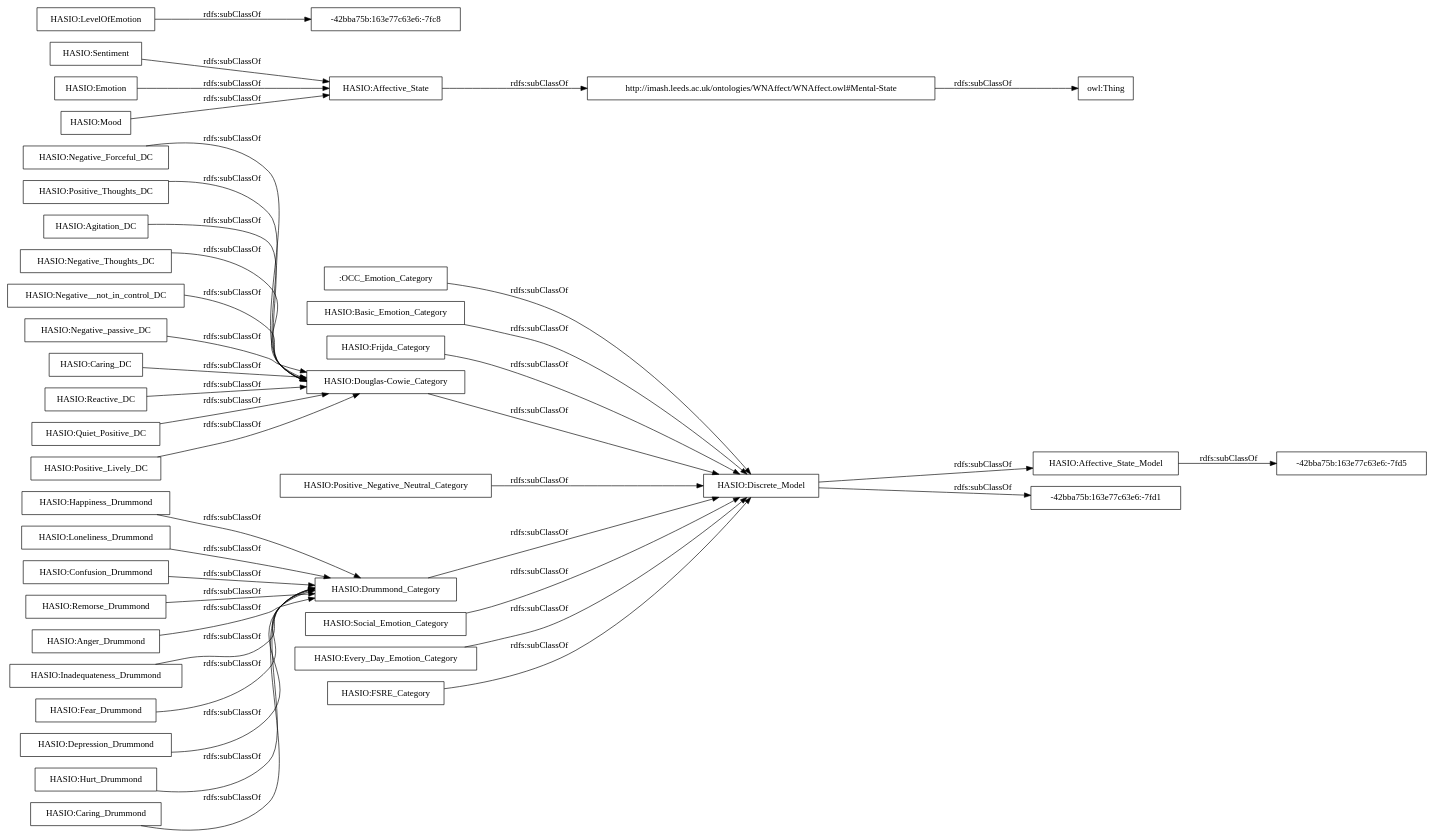
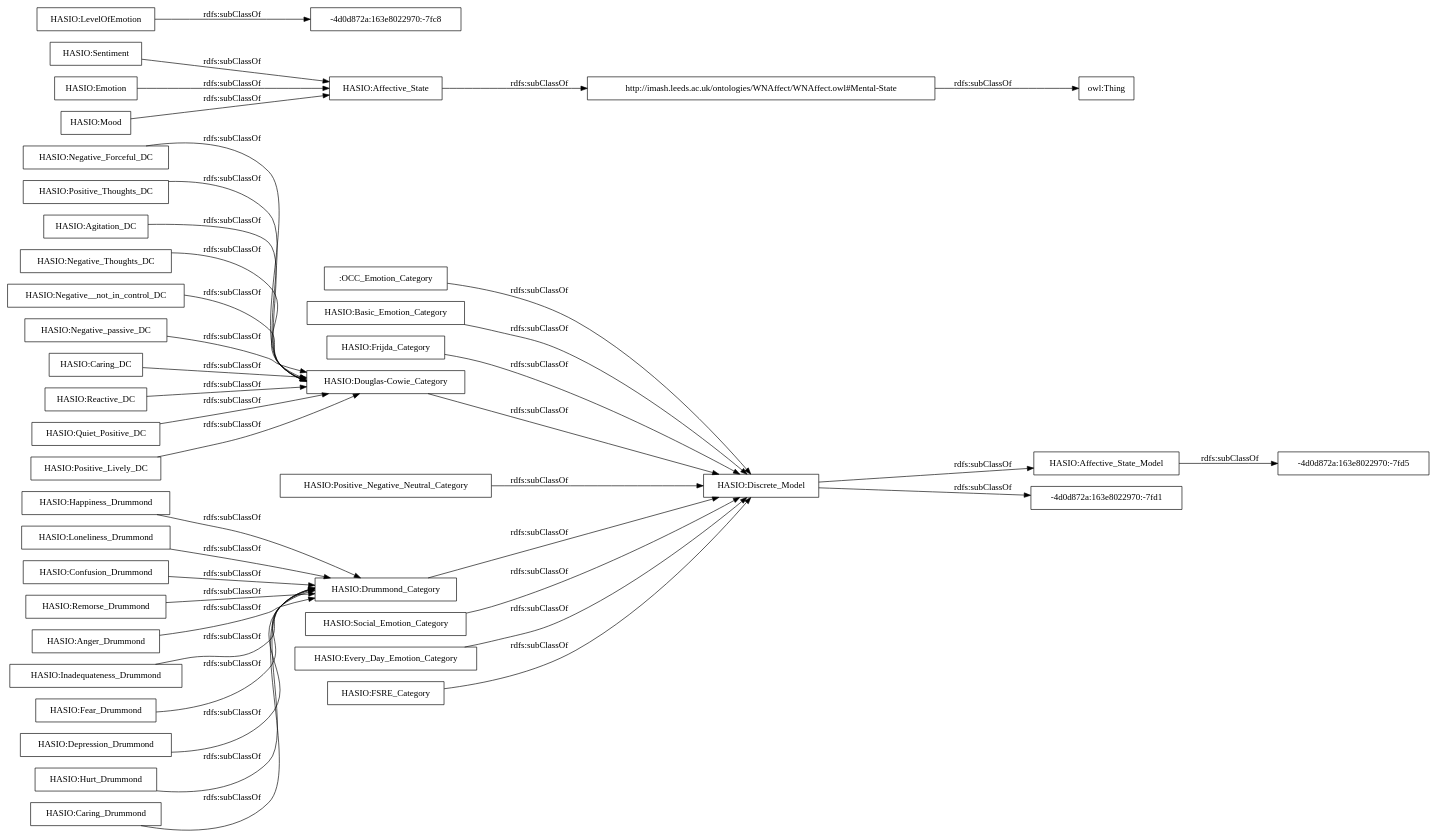
The diagram in OnToology/Affective_States_Discrete_Model_Module.owl/diagrams/ar2dtool-taxonomy/Affective_States_Discrete_Model_Module.owl.png.dot (rana-othman/HASIO-Modularization), drawn with Graphviz before and after one commit. The commit also changed 43 other files, not shown here.

```diff
--- a/OnToology/Affective_States_Discrete_Model_Module.owl/diagrams/ar2dtool-taxonomy/Affective_States_Discrete_Model_Module.owl.png.dot
+++ b/OnToology/Affective_States_Discrete_Model_Module.owl/diagrams/ar2dtool-taxonomy/Affective_States_Discrete_Model_Module.owl.png.dot
@@ -1,44 +1,44 @@
 digraph ar2dtool_diagram { 
 rankdir=LR;
 size="1000"
-node [shape = rectangle, color="black"]; ":OCC_Emotion_Category" "HASIO:Happiness_Drummond" "HASIO:Basic_Emotion_Category" "HASIO:Negative_Forceful_DC" "HASIO:Affective_State_Model" "HASIO:Loneliness_Drummond" "-42bba75b:163e77c63e6:-7fd1" "HASIO:Positive_Thoughts_DC" "HASIO:Sentiment" "HASIO:Agitation_DC" "HASIO:Emotion" "-42bba75b:163e77c63e6:-7fd5" "HASIO:Affective_State" "HASIO:LevelOfEmotion" "http://imash.leeds.ac.uk/ontologies/WNAffect/WNAffect.owl#Mental-State" "HASIO:Confusion_Drummond" "HASIO:Mood" "HASIO:Frijda_Category" "HASIO:Douglas-Cowie_Category" "HASIO:Remorse_Drummond" "-42bba75b:163e77c63e6:-7fc8" "HASIO:Anger_Drummond" "HASIO:Inadequateness_Drummond" "HASIO:Negative_Thoughts_DC" "HASIO:Negative__not_in_control_DC" "HASIO:Fear_Drummond" "HASIO:Positive_Negative_Neutral_Category" "HASIO:Depression_Drummond" "HASIO:Drummond_Category" "HASIO:Hurt_Drummond" "HASIO:Social_Emotion_Category" "HASIO:Negative_passive_DC" "HASIO:Caring_DC" "HASIO:Caring_Drummond" "HASIO:Reactive_DC" "HASIO:Quiet_Positive_DC" "HASIO:Every_Day_Emotion_Category" "HASIO:Discrete_Model" "HASIO:Positive_Lively_DC" "HASIO:FSRE_Category" ; /*classes style*/
+node [shape = rectangle, color="black"]; ":OCC_Emotion_Category" "HASIO:Happiness_Drummond" "HASIO:Basic_Emotion_Category" "HASIO:Negative_Forceful_DC" "HASIO:Affective_State_Model" "HASIO:Loneliness_Drummond" "HASIO:Positive_Thoughts_DC" "HASIO:Sentiment" "HASIO:Agitation_DC" "HASIO:Emotion" "HASIO:Affective_State" "HASIO:LevelOfEmotion" "http://imash.leeds.ac.uk/ontologies/WNAffect/WNAffect.owl#Mental-State" "HASIO:Confusion_Drummond" "HASIO:Mood" "HASIO:Frijda_Category" "HASIO:Douglas-Cowie_Category" "HASIO:Remorse_Drummond" "HASIO:Anger_Drummond" "HASIO:Inadequateness_Drummond" "HASIO:Negative_Thoughts_DC" "HASIO:Negative__not_in_control_DC" "HASIO:Fear_Drummond" "-4d0d872a:163e8022970:-7fd1" "HASIO:Positive_Negative_Neutral_Category" "-4d0d872a:163e8022970:-7fd5" "HASIO:Depression_Drummond" "-4d0d872a:163e8022970:-7fc8" "HASIO:Drummond_Category" "HASIO:Hurt_Drummond" "HASIO:Social_Emotion_Category" "HASIO:Negative_passive_DC" "HASIO:Caring_DC" "HASIO:Caring_Drummond" "HASIO:Reactive_DC" "HASIO:Quiet_Positive_DC" "HASIO:Every_Day_Emotion_Category" "HASIO:Discrete_Model" "HASIO:Positive_Lively_DC" "HASIO:FSRE_Category" ; /*classes style*/
 	"HASIO:Positive_Negative_Neutral_Category" -> "HASIO:Discrete_Model" [ label = "rdfs:subClassOf" ];
 	"HASIO:Loneliness_Drummond" -> "HASIO:Drummond_Category" [ label = "rdfs:subClassOf" ];
 	"HASIO:Anger_Drummond" -> "HASIO:Drummond_Category" [ label = "rdfs:subClassOf" ];
 	"HASIO:Every_Day_Emotion_Category" -> "HASIO:Discrete_Model" [ label = "rdfs:subClassOf" ];
 	"HASIO:Negative__not_in_control_DC" -> "HASIO:Douglas-Cowie_Category" [ label = "rdfs:subClassOf" ];
 	"HASIO:Negative_Forceful_DC" -> "HASIO:Douglas-Cowie_Category" [ label = "rdfs:subClassOf" ];
 	"HASIO:Basic_Emotion_Category" -> "HASIO:Discrete_Model" [ label = "rdfs:subClassOf" ];
 	"HASIO:Emotion" -> "HASIO:Affective_State" [ label = "rdfs:subClassOf" ];
 	"HASIO:Social_Emotion_Category" -> "HASIO:Discrete_Model" [ label = "rdfs:subClassOf" ];
 	"http://imash.leeds.ac.uk/ontologies/WNAffect/WNAffect.owl#Mental-State" -> "owl:Thing" [ label = "rdfs:subClassOf" ];
-	"HASIO:Discrete_Model" -> "-42bba75b:163e77c63e6:-7fd1" [ label = "rdfs:subClassOf" ];
+	"HASIO:Discrete_Model" -> "-4d0d872a:163e8022970:-7fd1" [ label = "rdfs:subClassOf" ];
 	"HASIO:Discrete_Model" -> "HASIO:Affective_State_Model" [ label = "rdfs:subClassOf" ];
 	"HASIO:Frijda_Category" -> "HASIO:Discrete_Model" [ label = "rdfs:subClassOf" ];
 	"HASIO:Reactive_DC" -> "HASIO:Douglas-Cowie_Category" [ label = "rdfs:subClassOf" ];
 	"HASIO:Quiet_Positive_DC" -> "HASIO:Douglas-Cowie_Category" [ label = "rdfs:subClassOf" ];
 	"HASIO:Hurt_Drummond" -> "HASIO:Drummond_Category" [ label = "rdfs:subClassOf" ];
 	"HASIO:Depression_Drummond" -> "HASIO:Drummond_Category" [ label = "rdfs:subClassOf" ];
 	"HASIO:Sentiment" -> "HASIO:Affective_State" [ label = "rdfs:subClassOf" ];
 	"HASIO:Inadequateness_Drummond" -> "HASIO:Drummond_Category" [ label = "rdfs:subClassOf" ];
 	"HASIO:Douglas-Cowie_Category" -> "HASIO:Discrete_Model" [ label = "rdfs:subClassOf" ];
 	"HASIO:Caring_DC" -> "HASIO:Douglas-Cowie_Category" [ label = "rdfs:subClassOf" ];
 	"HASIO:Positive_Lively_DC" -> "HASIO:Douglas-Cowie_Category" [ label = "rdfs:subClassOf" ];
 	"HASIO:Affective_State" -> "http://imash.leeds.ac.uk/ontologies/WNAffect/WNAffect.owl#Mental-State" [ label = "rdfs:subClassOf" ];
 	"HASIO:Caring_Drummond" -> "HASIO:Drummond_Category" [ label = "rdfs:subClassOf" ];
 	":OCC_Emotion_Category" -> "HASIO:Discrete_Model" [ label = "rdfs:subClassOf" ];
 	"HASIO:Happiness_Drummond" -> "HASIO:Drummond_Category" [ label = "rdfs:subClassOf" ];
-	"HASIO:LevelOfEmotion" -> "-42bba75b:163e77c63e6:-7fc8" [ label = "rdfs:subClassOf" ];
+	"HASIO:LevelOfEmotion" -> "-4d0d872a:163e8022970:-7fc8" [ label = "rdfs:subClassOf" ];
 	"HASIO:Confusion_Drummond" -> "HASIO:Drummond_Category" [ label = "rdfs:subClassOf" ];
-	"HASIO:Affective_State_Model" -> "-42bba75b:163e77c63e6:-7fd5" [ label = "rdfs:subClassOf" ];
+	"HASIO:Affective_State_Model" -> "-4d0d872a:163e8022970:-7fd5" [ label = "rdfs:subClassOf" ];
 	"HASIO:Negative_passive_DC" -> "HASIO:Douglas-Cowie_Category" [ label = "rdfs:subClassOf" ];
 	"HASIO:Positive_Thoughts_DC" -> "HASIO:Douglas-Cowie_Category" [ label = "rdfs:subClassOf" ];
 	"HASIO:FSRE_Category" -> "HASIO:Discrete_Model" [ label = "rdfs:subClassOf" ];
 	"HASIO:Fear_Drummond" -> "HASIO:Drummond_Category" [ label = "rdfs:subClassOf" ];
 	"HASIO:Mood" -> "HASIO:Affective_State" [ label = "rdfs:subClassOf" ];
 	"HASIO:Remorse_Drummond" -> "HASIO:Drummond_Category" [ label = "rdfs:subClassOf" ];
 	"HASIO:Agitation_DC" -> "HASIO:Douglas-Cowie_Category" [ label = "rdfs:subClassOf" ];
 	"HASIO:Drummond_Category" -> "HASIO:Discrete_Model" [ label = "rdfs:subClassOf" ];
 	"HASIO:Negative_Thoughts_DC" -> "HASIO:Douglas-Cowie_Category" [ label = "rdfs:subClassOf" ];
 
 }
```
